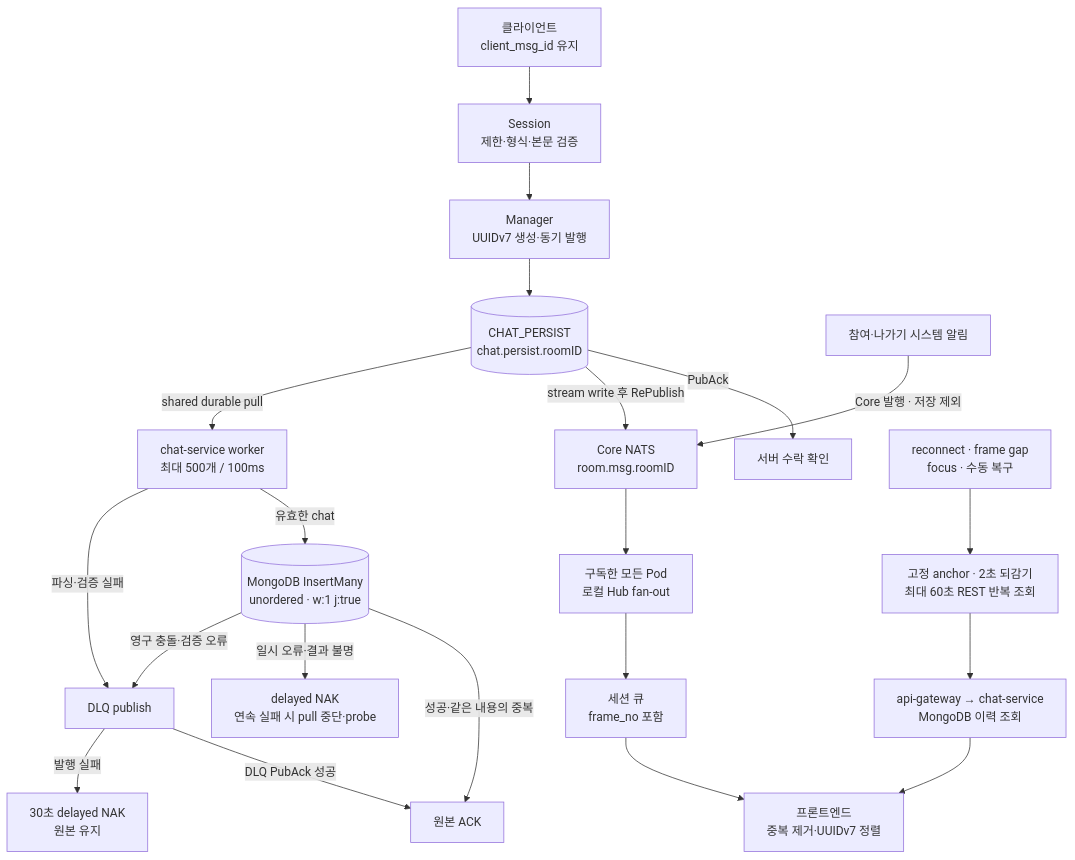
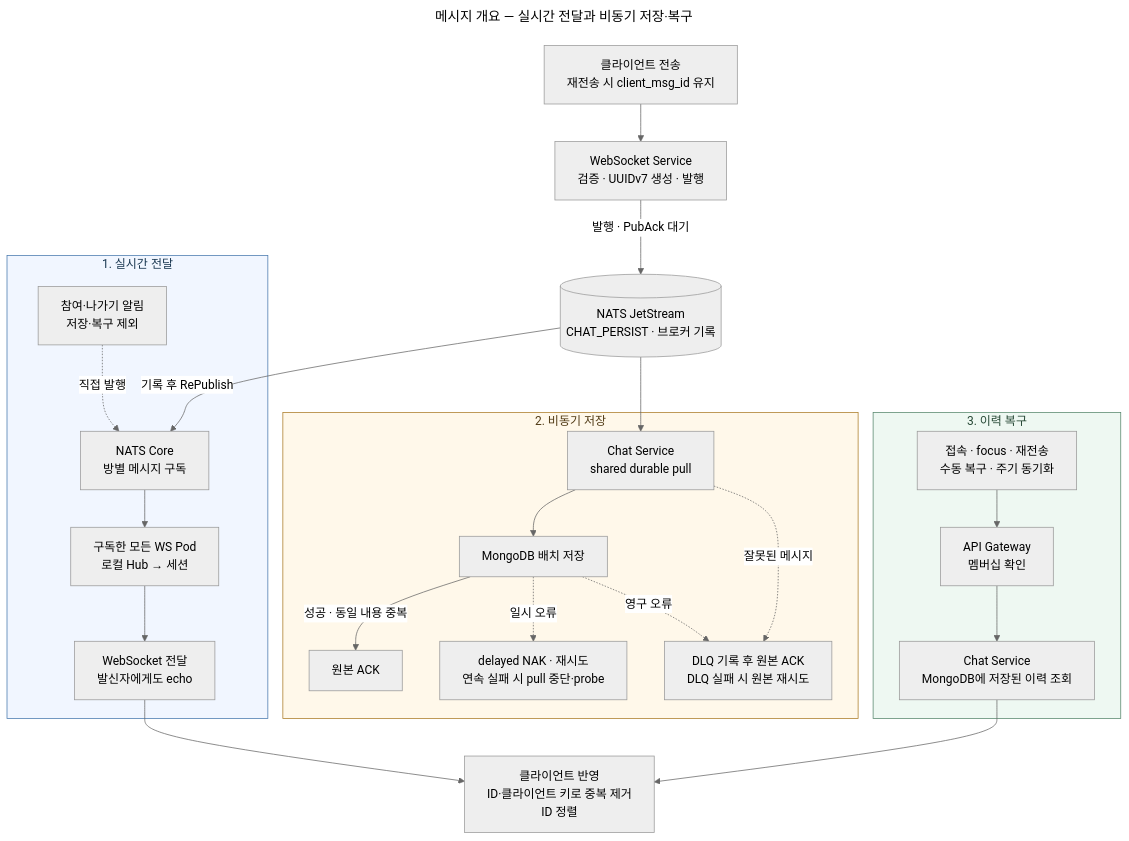
Before and after one commit to happyhun/go-chat-msa: the diagram in docs/diagrams/flow-message.mmd, drawn with Mermaid. The commit also changed 5 other files, not shown here.

Commit message:
docs: 다이어그램 최신화

```diff
--- a/docs/diagrams/flow-message.mmd
+++ b/docs/diagrams/flow-message.mmd
@@ -1,23 +1,38 @@
+---
+title: 메시지 개요 — 실시간 전달과 비동기 저장·복구
+config:
+  theme: neutral
+  flowchart:
+    wrappingWidth: 240
+---
 flowchart TB
-    Client[클라이언트<br/>client_msg_id 유지] --> Validate[Session<br/>제한·형식·본문 검증]
-    Validate --> Publish[Manager<br/>UUIDv7 생성·동기 발행]
-    Publish --> JS[(CHAT_PERSIST<br/>chat.persist.roomID)]
-    JS -->|PubAck| Accepted[서버 수락 확인]
-    JS -->|stream write 후 RePublish| Core[Core NATS<br/>room.msg.roomID]
-    Core --> Hubs[구독한 모든 Pod<br/>로컬 Hub fan-out]
-    Hubs --> Frame[세션 큐<br/>frame_no 포함]
-    Frame --> Merge[프론트엔드<br/>중복 제거·UUIDv7 정렬]
+    Client["클라이언트 전송<br/>재전송 시 client_msg_id 유지"] --> WS["WebSocket Service<br/>검증 · UUIDv7 생성 · 발행"]
+    WS -->|"발행 · PubAck 대기"| JS[("NATS JetStream<br/>CHAT_PERSIST · 브로커 기록")]
 
-    JS -->|shared durable pull| Worker[chat-service worker<br/>최대 500개 / 100ms]
-    Worker -->|유효한 chat| Mongo[(MongoDB InsertMany<br/>unordered · w:1 j:true)]
-    Mongo -->|성공·같은 내용의 중복| Ack[원본 ACK]
-    Mongo -->|일시 오류·결과 불명| Retry[delayed NAK<br/>연속 실패 시 pull 중단·probe]
-    Mongo -->|영구 충돌·검증 오류| DLQ[DLQ publish]
-    Worker -->|파싱·검증 실패| DLQ
-    DLQ -->|DLQ PubAck 성공| Ack
-    DLQ -->|발행 실패| DLQRetry[30초 delayed NAK<br/>원본 유지]
+    subgraph Live ["1. 실시간 전달"]
+        Core["NATS Core<br/>방별 메시지 구독"] --> Hubs["구독한 모든 WS Pod<br/>로컬 Hub → 세션"]
+        Hubs --> Echo["WebSocket 전달<br/>발신자에게도 echo"]
+        System["참여·나가기 알림<br/>저장·복구 제외"] -. "직접 발행" .-> Core
+    end
+    JS -->|"기록 후 RePublish"| Core
 
-    Trigger[reconnect · frame gap<br/>focus · 수동 복구] --> Recovery[고정 anchor · 2초 되감기<br/>최대 60초 REST 반복 조회]
-    Recovery --> Query[api-gateway → chat-service<br/>MongoDB 이력 조회]
-    Query --> Merge
-    System[참여·나가기 시스템 알림] -->|Core 발행 · 저장 제외| Core
+    subgraph Persistence ["2. 비동기 저장"]
+        Worker["Chat Service<br/>shared durable pull"] --> Save["MongoDB 배치 저장"]
+        Save -->|"성공 · 동일 내용 중복"| Ack["원본 ACK"]
+        Save -. "일시 오류" .-> Retry["delayed NAK · 재시도<br/>연속 실패 시 pull 중단·probe"]
+        Worker -. "잘못된 메시지" .-> DLQ["DLQ 기록 후 원본 ACK<br/>DLQ 실패 시 원본 재시도"]
+        Save -. "영구 오류" .-> DLQ
+    end
+    JS --> Worker
+
+    subgraph Recovery ["3. 이력 복구"]
+        Trigger["접속 · focus · 재전송<br/>수동 복구 · 주기 동기화"] --> API["API Gateway<br/>멤버십 확인"]
+        API --> Read["Chat Service<br/>MongoDB에 저장된 이력 조회"]
+    end
+    JS ~~~ Trigger
+    Echo --> Merge["클라이언트 반영<br/>ID·클라이언트 키로 중복 제거<br/>ID 정렬"]
+    Read --> Merge
+
+    style Live fill:#f1f6ff,stroke:#4778ad,color:#183650
+    style Persistence fill:#fff8ea,stroke:#aa7b26,color:#513b16
+    style Recovery fill:#eef8f2,stroke:#56866c,color:#244633
```
